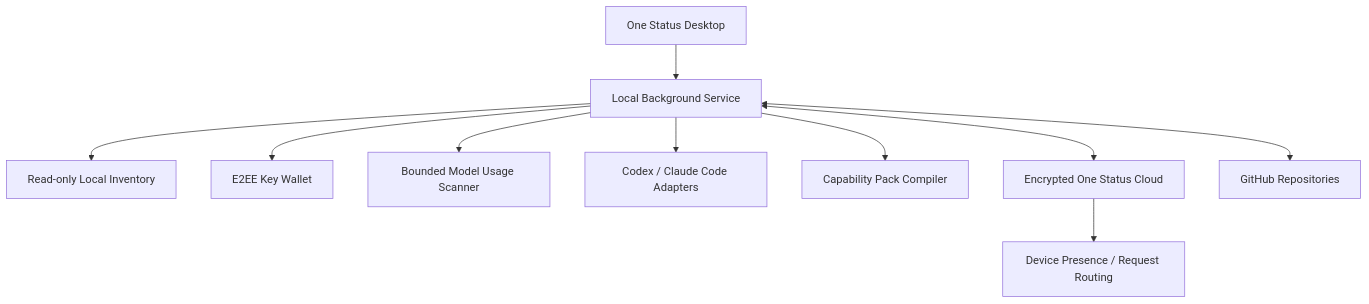
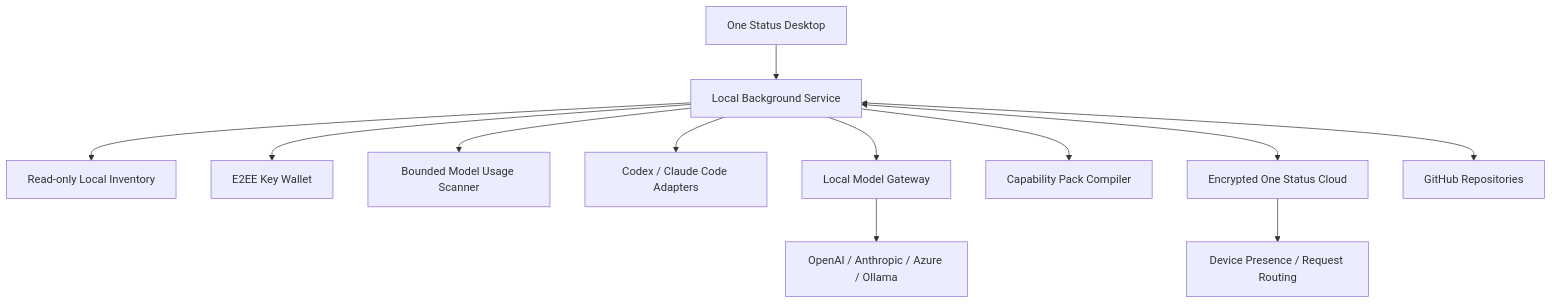
One commit to niyuxuan782/one-status changed the diagram in docs/product-architecture.md. Above: the diagram before and after it, drawn with Mermaid. The commit also changed other lines of this file and 56 other files, not shown here.

Commit message:
feat: add encrypted credential wallet and model gateway

````diff
--- a/docs/product-architecture.md
+++ b/docs/product-architecture.md
@@ -13,12 +13,14 @@
 ```mermaid
 flowchart TD
     Desktop["One Status Desktop"] --> Local["Local Background Service"]
     Local --> Inventory["Read-only Local Inventory"]
     Local --> Wallet["E2EE Key Wallet"]
     Local --> Usage["Bounded Model Usage Scanner"]
     Local --> Adapters["Codex / Claude Code Adapters"]
+    Local --> ModelGateway["Local Model Gateway"]
+    ModelGateway --> Providers["OpenAI / Anthropic / Azure / Ollama"]
     Local --> Packs["Capability Pack Compiler"]
     Local <--> Cloud["Encrypted One Status Cloud"]
     Local <--> GitHub["GitHub Repositories"]
     Cloud --> Presence["Device Presence / Request Routing"]
 ```
````
